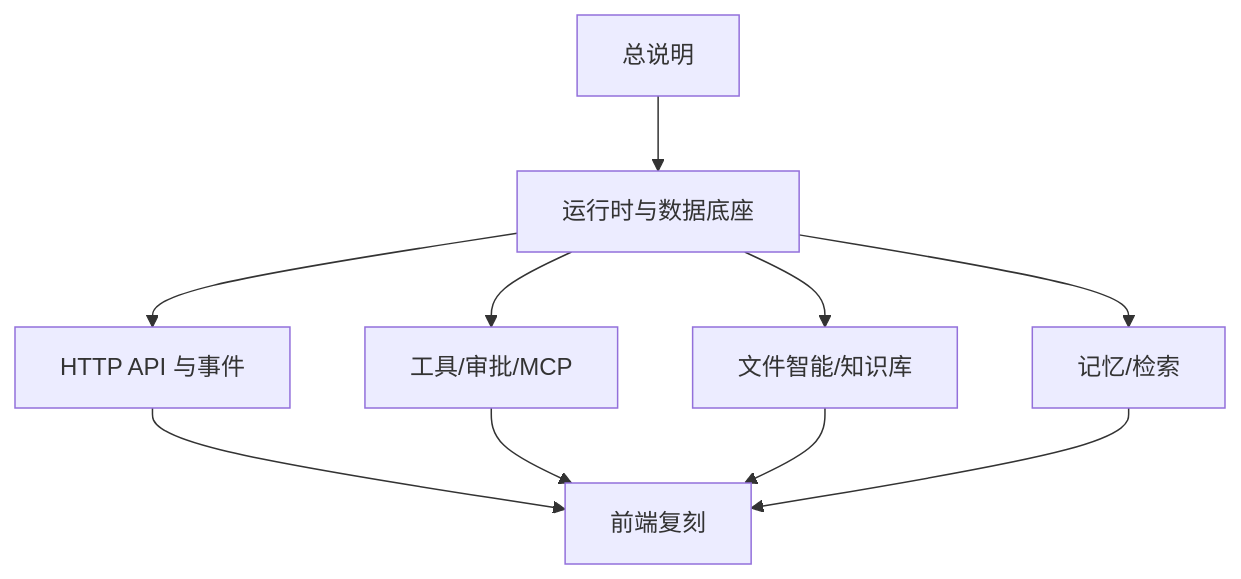
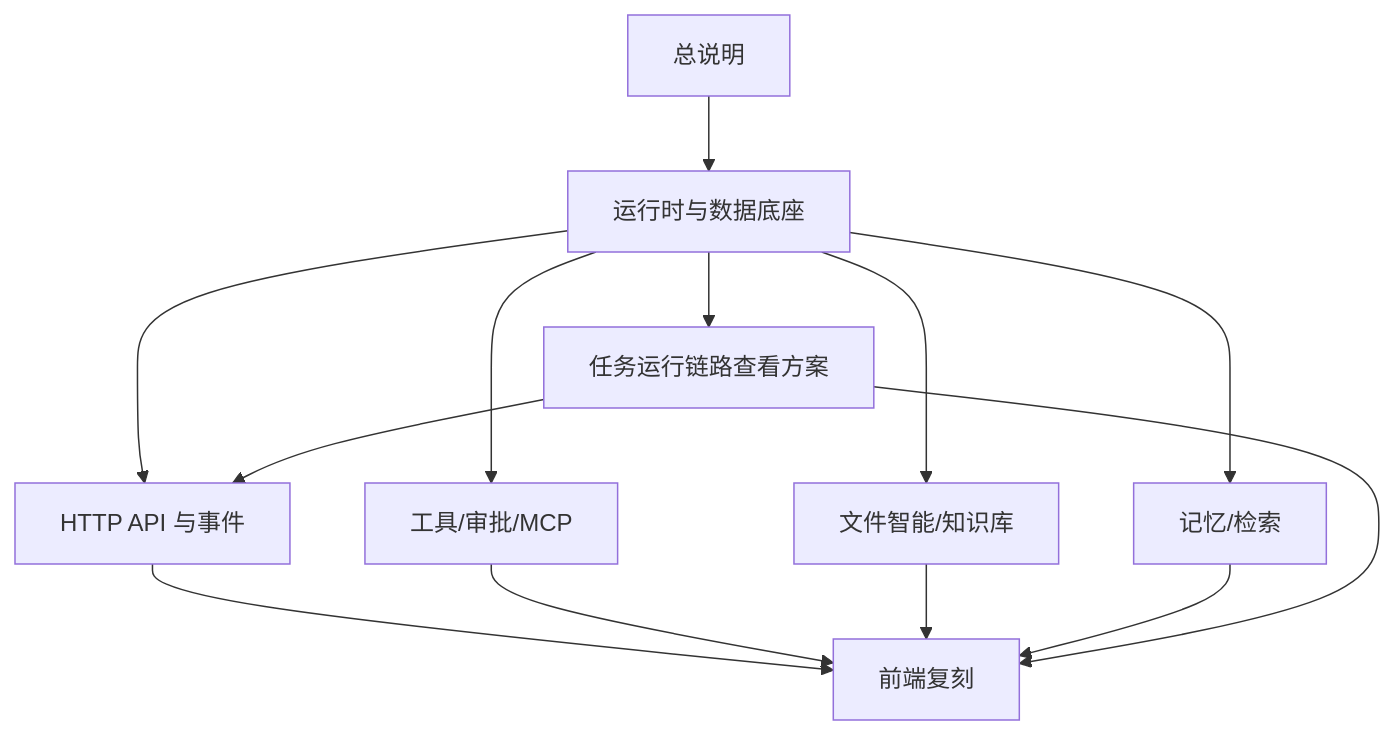
The diagram in backend/docs/README.md (doubleu8190/Athena), drawn with Mermaid before and after one commit. The commit also changed other lines of this file and 53 other files, not shown here.

First line of the commit message:
feat: add RunChainView component and timeline indexing for session runs

````diff
--- a/backend/docs/README.md
+++ b/backend/docs/README.md
@@ -21,12 +22,15 @@
 ```mermaid
 flowchart TD
   O[总说明] --> R[运行时与数据底座]
   R --> A[HTTP API 与事件]
   R --> T[工具/审批/MCP]
   R --> F[文件智能/知识库]
   R --> M[记忆/检索]
   A --> U[前端复刻]
   T --> U
   F --> U
   M --> U
+  R --> X[任务运行链路查看方案]
+  X --> A
+  X --> U
 ```
````
